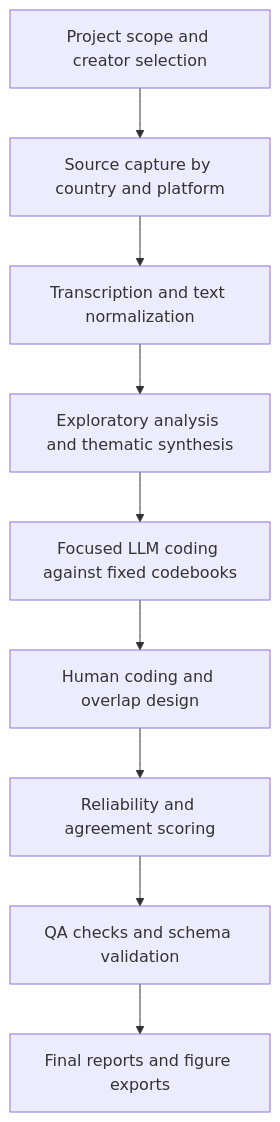
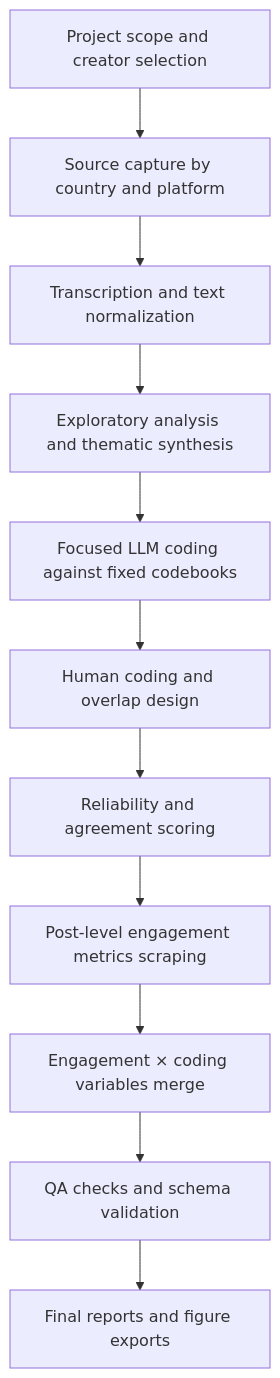
Before and after one commit to sushildalavi/Gates-Manfluencer-Project: the first of 4 diagrams in README.md, drawn with Mermaid. The commit also changed other lines of this file and 9 other files, not shown here.

Commit message:
update readme with engagement metrics, new visualizations, and repo structure

````diff
--- a/README.md
+++ b/README.md
@@ -64,11 +177,13 @@
 ```mermaid
 flowchart TD
     A["Project scope and creator selection"] --> B["Source capture by country and platform"]
     B --> C["Transcription and text normalization"]
     C --> D["Exploratory analysis and thematic synthesis"]
     D --> E["Focused LLM coding against fixed codebooks"]
     E --> F["Human coding and overlap design"]
     F --> G["Reliability and agreement scoring"]
-    G --> H["QA checks and schema validation"]
-    H --> I["Final reports and figure exports"]
+    G --> H["Post-level engagement metrics scraping"]
+    H --> I["Engagement × coding variables merge"]
+    I --> J["QA checks and schema validation"]
+    J --> K["Final reports and figure exports"]
 ```
````
